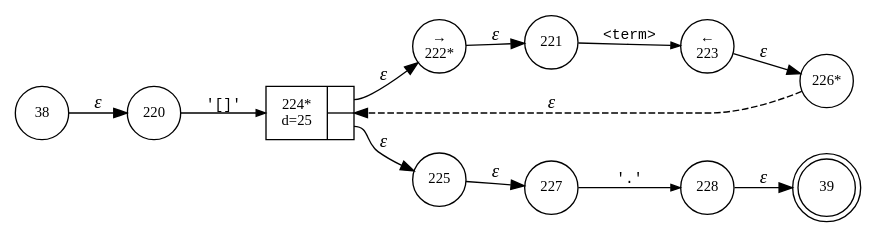
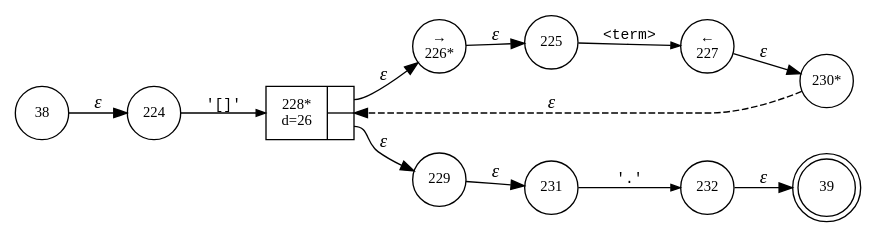
The diagram in internal/parser/Bund.lambda_term.dot (vulogov/Bund2), drawn with Graphviz before and after one commit. The commit also changed 38 other files, not shown here.

```diff
--- a/internal/parser/Bund.lambda_term.dot
+++ b/internal/parser/Bund.lambda_term.dot
@@ -1,25 +1,25 @@
 digraph ATN {
 rankdir=LR;
 s39[fontsize=11, label="39", shape=doublecircle, fixedsize=true, width=.6];
-s224[fontsize=11,label="{224*\nd=25|{<p0>|<p1>}}", shape=record, fixedsize=false, peripheries=1];
+s224[fontsize=11,label="224", shape=circle, fixedsize=true, width=.55, peripheries=1];
 s225[fontsize=11,label="225", shape=circle, fixedsize=true, width=.55, peripheries=1];
-s226[fontsize=11,label="226*", shape=circle, fixedsize=true, width=.55, peripheries=1];
-s227[fontsize=11,label="227", shape=circle, fixedsize=true, width=.55, peripheries=1];
-s228[fontsize=11,label="228", shape=circle, fixedsize=true, width=.55, peripheries=1];
+s226[fontsize=11,label="&rarr;\n226*", shape=circle, fixedsize=true, width=.55, peripheries=1];
+s227[fontsize=11,label="&larr;\n227", shape=circle, fixedsize=true, width=.55, peripheries=1];
+s228[fontsize=11,label="{228*\nd=26|{<p0>|<p1>}}", shape=record, fixedsize=false, peripheries=1];
+s229[fontsize=11,label="229", shape=circle, fixedsize=true, width=.55, peripheries=1];
 s38[fontsize=11,label="38", shape=circle, fixedsize=true, width=.55, peripheries=1];
-s220[fontsize=11,label="220", shape=circle, fixedsize=true, width=.55, peripheries=1];
-s221[fontsize=11,label="221", shape=circle, fixedsize=true, width=.55, peripheries=1];
-s222[fontsize=11,label="&rarr;\n222*", shape=circle, fixedsize=true, width=.55, peripheries=1];
-s223[fontsize=11,label="&larr;\n223", shape=circle, fixedsize=true, width=.55, peripheries=1];
-s38 -> s220 [fontname="Times-Italic", label="&epsilon;"];
-s220 -> s224 [fontsize=11, fontname="Courier", arrowsize=.7, label = "'[]'", arrowhead = normal];
-s224:p0 -> s222 [fontname="Times-Italic", label="&epsilon;"];
-s224:p1 -> s225 [fontname="Times-Italic", label="&epsilon;"];
-s222 -> s221 [fontname="Times-Italic", label="&epsilon;"];
-s225 -> s227 [fontname="Times-Italic", label="&epsilon;"];
-s221 -> s223 [fontsize=11, fontname="Courier", arrowsize=.7, label = "<term>", arrowhead = normal];
-s227 -> s228 [fontsize=11, fontname="Courier", arrowsize=.7, label = "'.'", arrowhead = normal];
-s223 -> s226 [fontname="Times-Italic", label="&epsilon;"];
-s228 -> s39 [fontname="Times-Italic", label="&epsilon;"];
-s226 -> s224 [fontname="Times-Italic", label="&epsilon;", style="dashed"];
+s230[fontsize=11,label="230*", shape=circle, fixedsize=true, width=.55, peripheries=1];
+s231[fontsize=11,label="231", shape=circle, fixedsize=true, width=.55, peripheries=1];
+s232[fontsize=11,label="232", shape=circle, fixedsize=true, width=.55, peripheries=1];
+s38 -> s224 [fontname="Times-Italic", label="&epsilon;"];
+s224 -> s228 [fontsize=11, fontname="Courier", arrowsize=.7, label = "'[]'", arrowhead = normal];
+s228:p0 -> s226 [fontname="Times-Italic", label="&epsilon;"];
+s228:p1 -> s229 [fontname="Times-Italic", label="&epsilon;"];
+s226 -> s225 [fontname="Times-Italic", label="&epsilon;"];
+s229 -> s231 [fontname="Times-Italic", label="&epsilon;"];
+s225 -> s227 [fontsize=11, fontname="Courier", arrowsize=.7, label = "<term>", arrowhead = normal];
+s231 -> s232 [fontsize=11, fontname="Courier", arrowsize=.7, label = "'.'", arrowhead = normal];
+s227 -> s230 [fontname="Times-Italic", label="&epsilon;"];
+s232 -> s39 [fontname="Times-Italic", label="&epsilon;"];
+s230 -> s228 [fontname="Times-Italic", label="&epsilon;", style="dashed"];
 }
```
